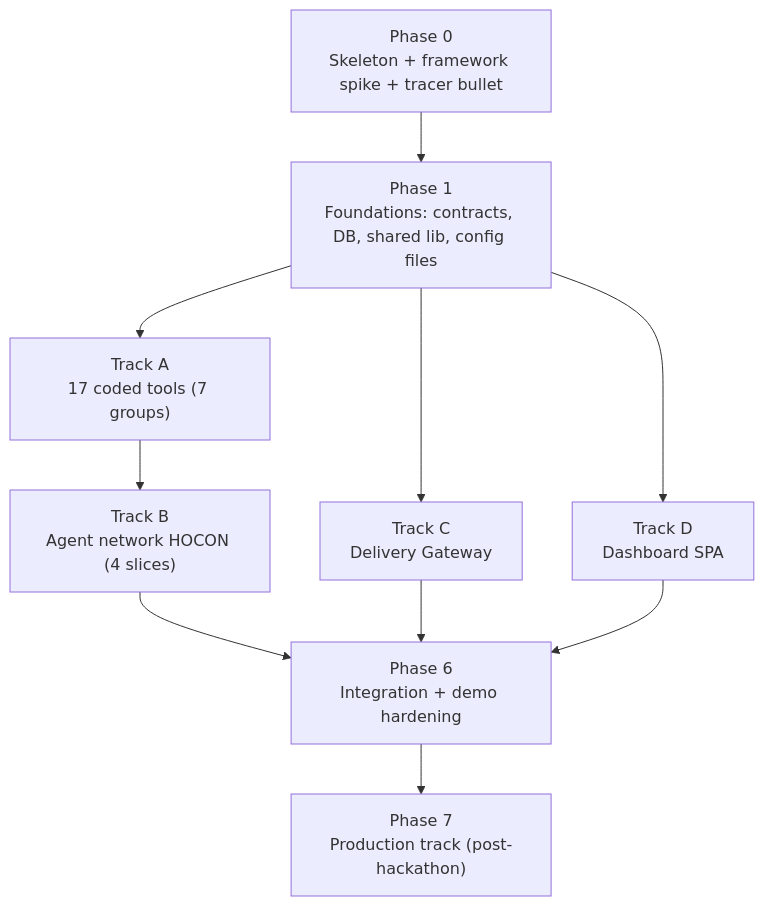
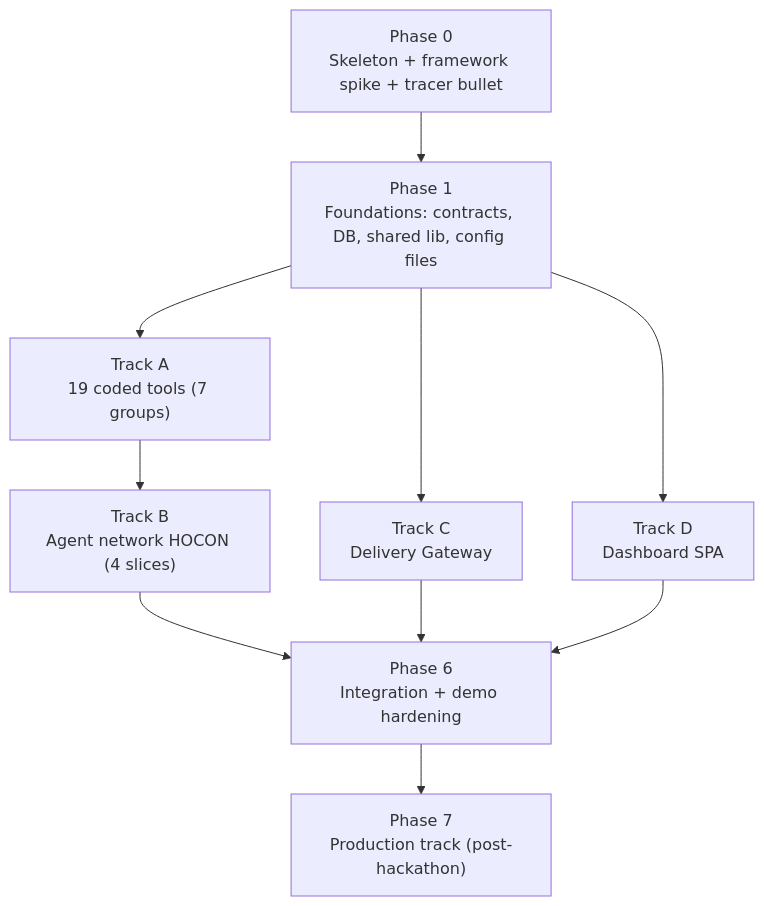
Before and after one commit to anandharshit712/Sentinel: the diagram in docs/solution/07-implementation-plan.md, drawn with Mermaid. The commit also changed other lines of this file and 8 other files, not shown here.

````diff
--- a/docs/solution/07-implementation-plan.md
+++ b/docs/solution/07-implementation-plan.md
@@ -17,19 +19,19 @@
 ```mermaid
 flowchart TD
     P0["Phase 0<br/>Skeleton + framework spike + tracer bullet"]
     P1["Phase 1<br/>Foundations: contracts, DB, shared lib, config files"]
-    A["Track A<br/>17 coded tools (7 groups)"]
+    A["Track A<br/>19 coded tools (7 groups)"]
     B["Track B<br/>Agent network HOCON (4 slices)"]
     C["Track C<br/>Delivery Gateway"]
     D["Track D<br/>Dashboard SPA"]
     P6["Phase 6<br/>Integration + demo hardening"]
     P7["Phase 7<br/>Production track (post-hackathon)"]
 
     P0 --> P1
     P1 --> A & C & D
     A --> B
     B --> P6
     C --> P6
     D --> P6
     P6 --> P7
 ```
````
